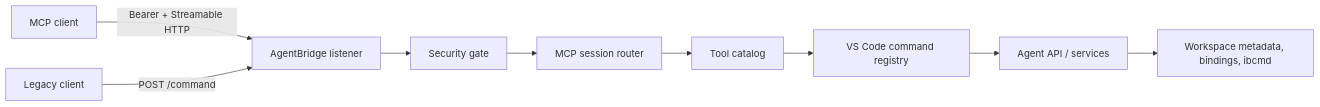
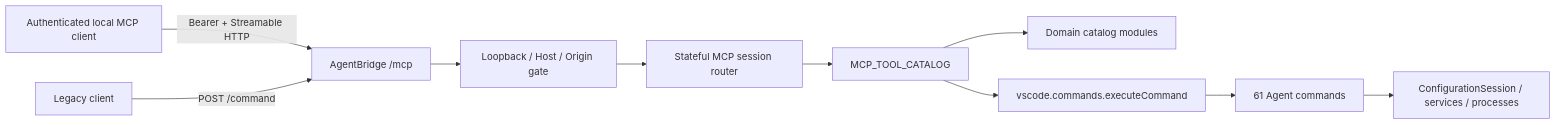
One commit to lekot/VScodePluginFor1CDev changed the diagram in docs/features/mcp-agent-adapter/design.md. Above: the diagram before and after it, drawn with Mermaid. The commit also changed other lines of this file and 22 other files, not shown here.

Commit message:
feat: expose complete Agent API over MCP

````diff
--- a/docs/features/mcp-agent-adapter/design.md
+++ b/docs/features/mcp-agent-adapter/design.md
@@ -29,11 +25,12 @@
 ```mermaid
 flowchart LR
-    C["MCP client"] -->|"Bearer + Streamable HTTP"| B["AgentBridge listener"]
+    C["Authenticated local MCP client"] -->|"Bearer + Streamable HTTP"| B["AgentBridge /mcp"]
     L["Legacy client"] -->|"POST /command"| B
-    B --> S["Security gate"]
-    S --> R["MCP session router"]
-    R --> T["Tool catalog"]
-    T --> V["VS Code command registry"]
-    V --> A["Agent API / services"]
-    A --> F["Workspace metadata, bindings, ibcmd"]
+    B --> G["Loopback / Host / Origin gate"]
+    G --> R["Stateful MCP session router"]
+    R --> K["MCP_TOOL_CATALOG"]
+    K --> D["Domain catalog modules"]
+    K --> V["vscode.commands.executeCommand"]
+    V --> A["61 Agent commands"]
+    A --> Q["ConfigurationSession / services / processes"]
 ```
````
